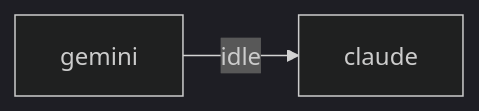
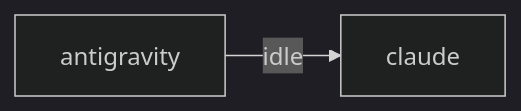
The diagram in HIVEMIND.md (btsky99/vibe-coding), drawn with Mermaid (dark theme) before and after one commit. The commit also changed other lines of this file and 5 other files, not shown here.

````diff
--- a/HIVEMIND.md
+++ b/HIVEMIND.md
@@ -21,4 +15,4 @@
 ```mermaid
 graph LR
-    gemini["gemini"] -->|idle| claude["claude"]
+    antigravity["antigravity"] -->|idle| claude["claude"]
 ```
````
